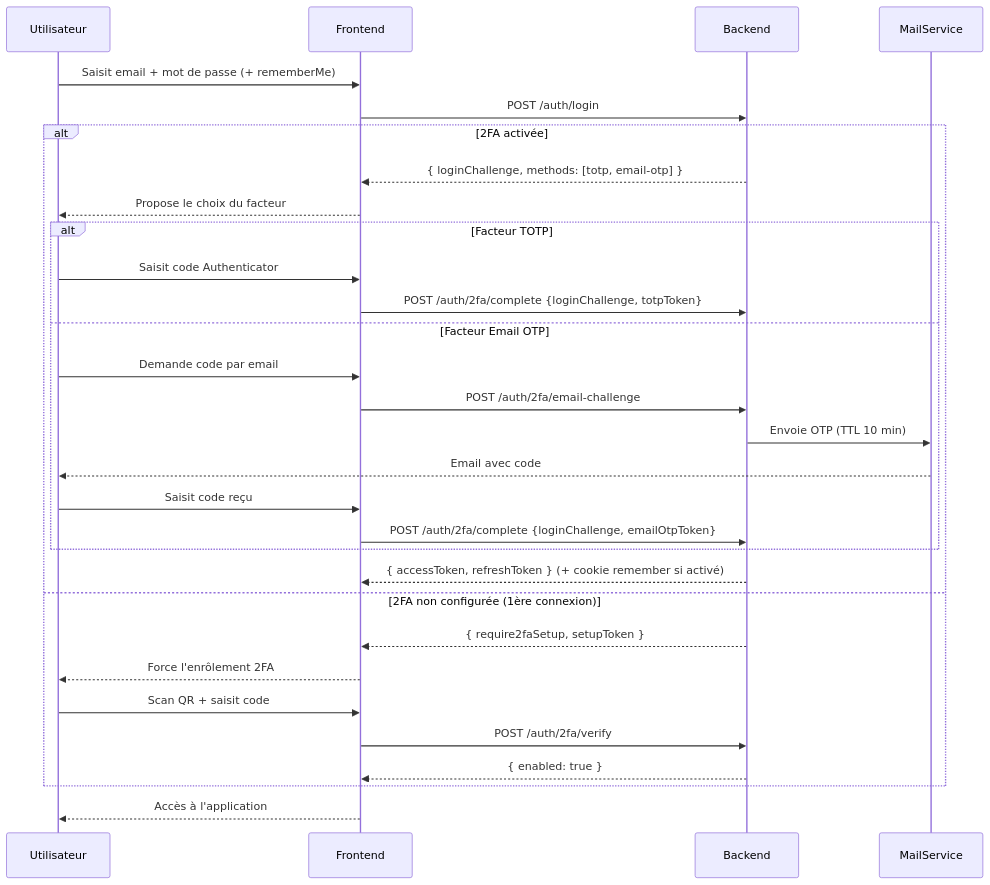
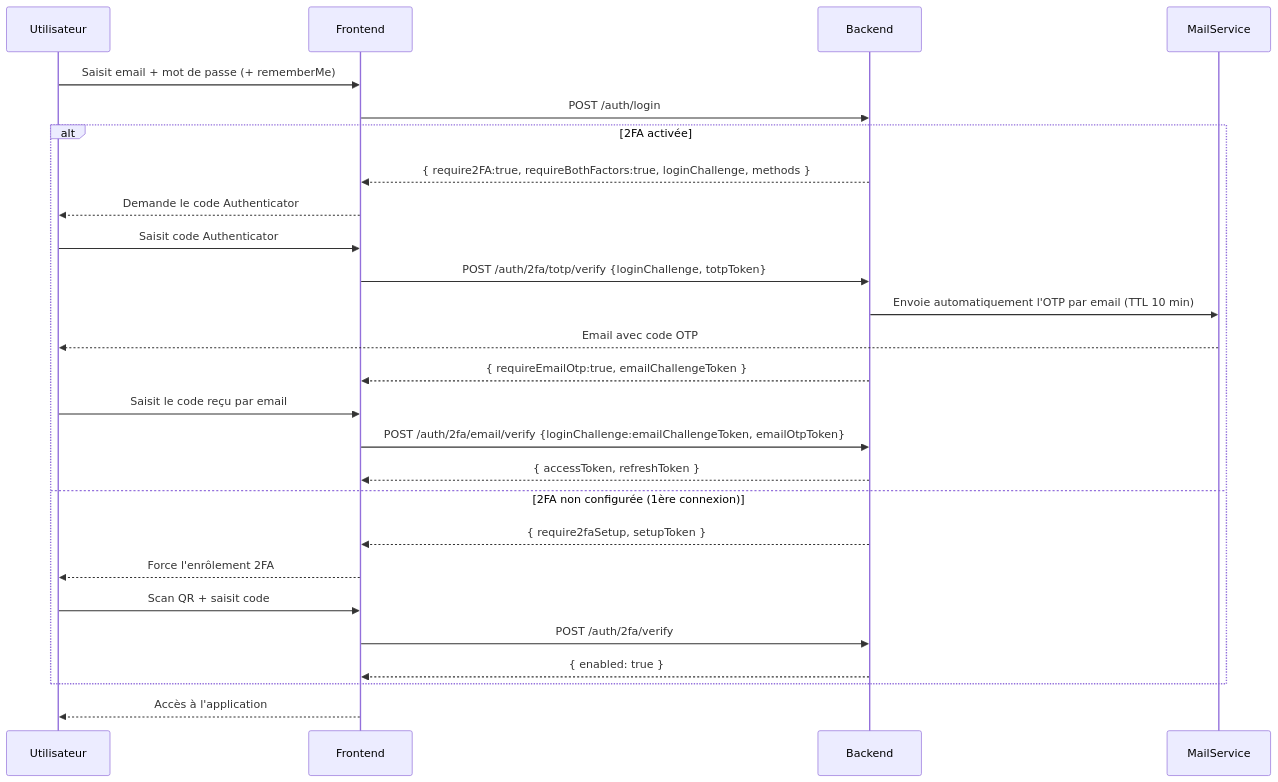
Before and after one commit to raDominique/commercegestion_front: the diagram in docs/renforcement_securite.md, drawn with Mermaid. The commit also changed other lines of this file and 4 other files, not shown here.

Commit message:
feat: enhance two-factor authentication flow by separating TOTP and email OTP verification processes, updating related services and UI components

````diff
--- a/docs/renforcement_securite.md
+++ b/docs/renforcement_securite.md
@@ -5,33 +5,29 @@
 ```mermaid
 sequenceDiagram
     participant U as Utilisateur
     participant F as Frontend
     participant B as Backend
     participant M as MailService
 
     U->>F: Saisit email + mot de passe (+ rememberMe)
     F->>B: POST /auth/login
     alt 2FA activée
-        B-->>F: { loginChallenge, methods: [totp, email-otp] }
-        F-->>U: Propose le choix du facteur
-        alt Facteur TOTP
-            U->>F: Saisit code Authenticator
-            F->>B: POST /auth/2fa/complete {loginChallenge, totpToken}
-        else Facteur Email OTP
-            U->>F: Demande code par email
-            F->>B: POST /auth/2fa/email-challenge
-            B->>M: Envoie OTP (TTL 10 min)
-            M-->>U: Email avec code
-            U->>F: Saisit code reçu
-            F->>B: POST /auth/2fa/complete {loginChallenge, emailOtpToken}
-        end
-        B-->>F: { accessToken, refreshToken } (+ cookie remember si activé)
+        B-->>F: { require2FA:true, requireBothFactors:true, loginChallenge, methods }
+        F-->>U: Demande le code Authenticator
+        U->>F: Saisit code Authenticator
+        F->>B: POST /auth/2fa/totp/verify {loginChallenge, totpToken}
+        B->>M: Envoie automatiquement l'OTP par email (TTL 10 min)
+        M-->>U: Email avec code OTP
+        B-->>F: { requireEmailOtp:true, emailChallengeToken }
+        U->>F: Saisit le code reçu par email
+        F->>B: POST /auth/2fa/email/verify {loginChallenge:emailChallengeToken, emailOtpToken}
+        B-->>F: { accessToken, refreshToken }
     else 2FA non configurée (1ère connexion)
         B-->>F: { require2faSetup, setupToken }
         F-->>U: Force l'enrôlement 2FA
         U->>F: Scan QR + saisit code
         F->>B: POST /auth/2fa/verify
         B-->>F: { enabled: true }
     end
     F-->>U: Accès à l'application
 ```
````
